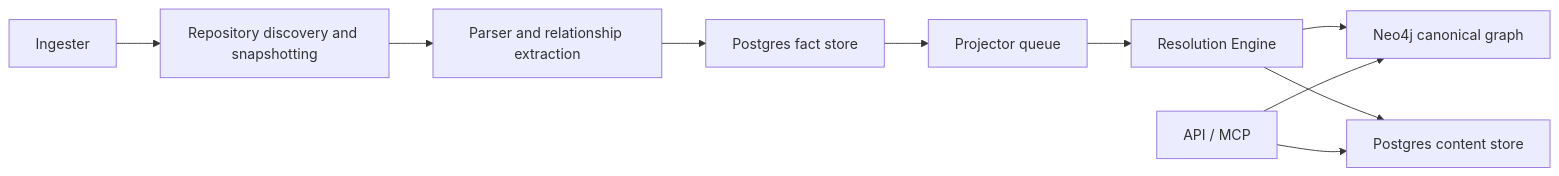
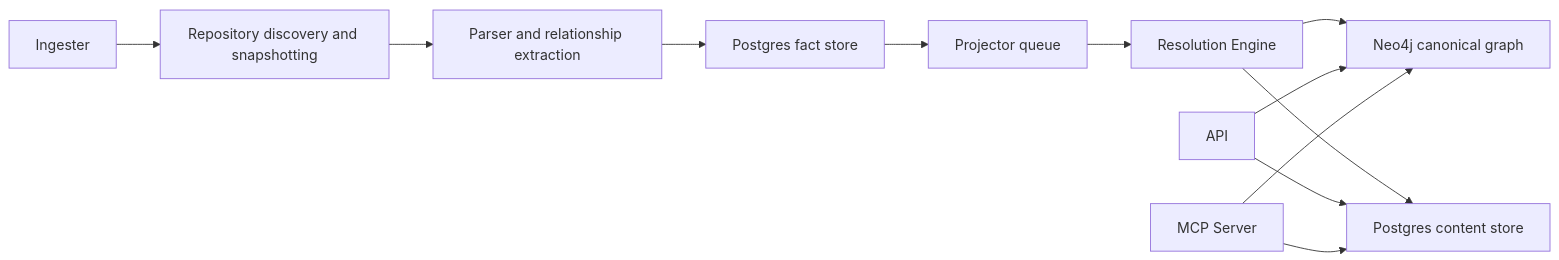
The first of 3 diagrams in docs/docs/architecture.md (platformcontext/platform-context-graph), drawn with Mermaid before and after one commit. The commit also changed other lines of this file and 2 other files, not shown here.

````diff
--- a/docs/docs/architecture.md
+++ b/docs/docs/architecture.md
@@ -42,12 +44,14 @@
 ```mermaid
 flowchart LR
   A["Ingester"] --> B["Repository discovery and snapshotting"]
   B --> C["Parser and relationship extraction"]
   C --> D["Postgres fact store"]
   D --> E["Projector queue"]
   E --> F["Resolution Engine"]
   F --> G["Neo4j canonical graph"]
   F --> H["Postgres content store"]
-  I["API / MCP"] --> G
-  I["API / MCP"] --> H
+  I["API"] --> G
+  I["API"] --> H
+  J["MCP Server"] --> G
+  J["MCP Server"] --> H
 ```
````
